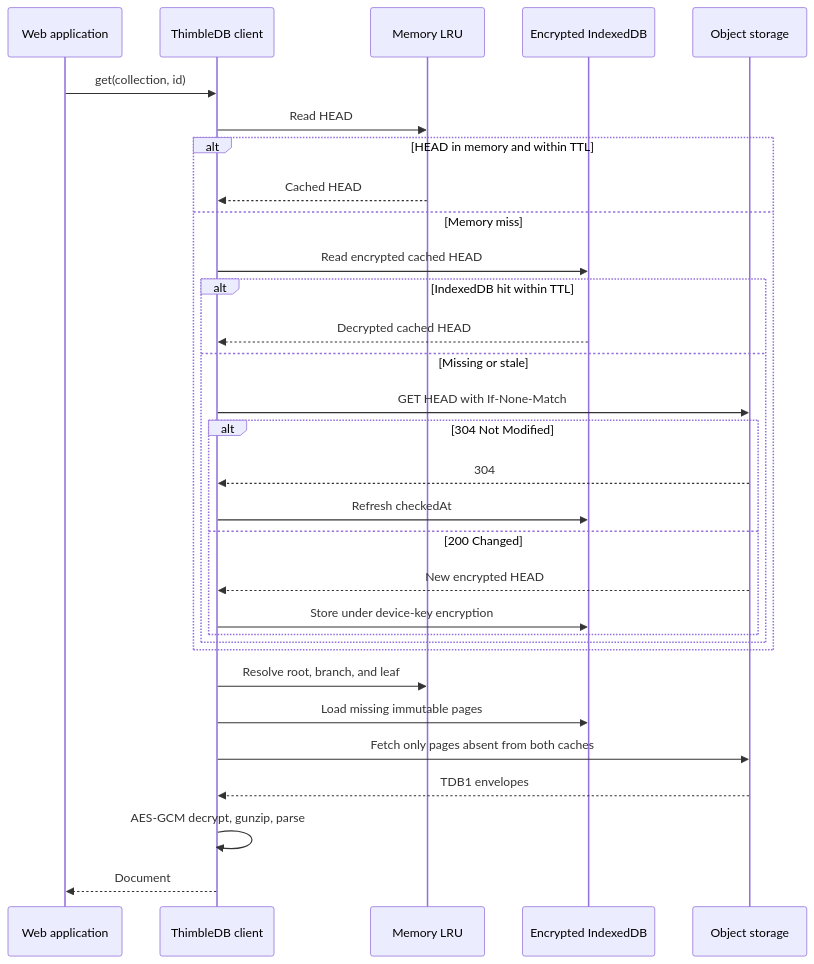
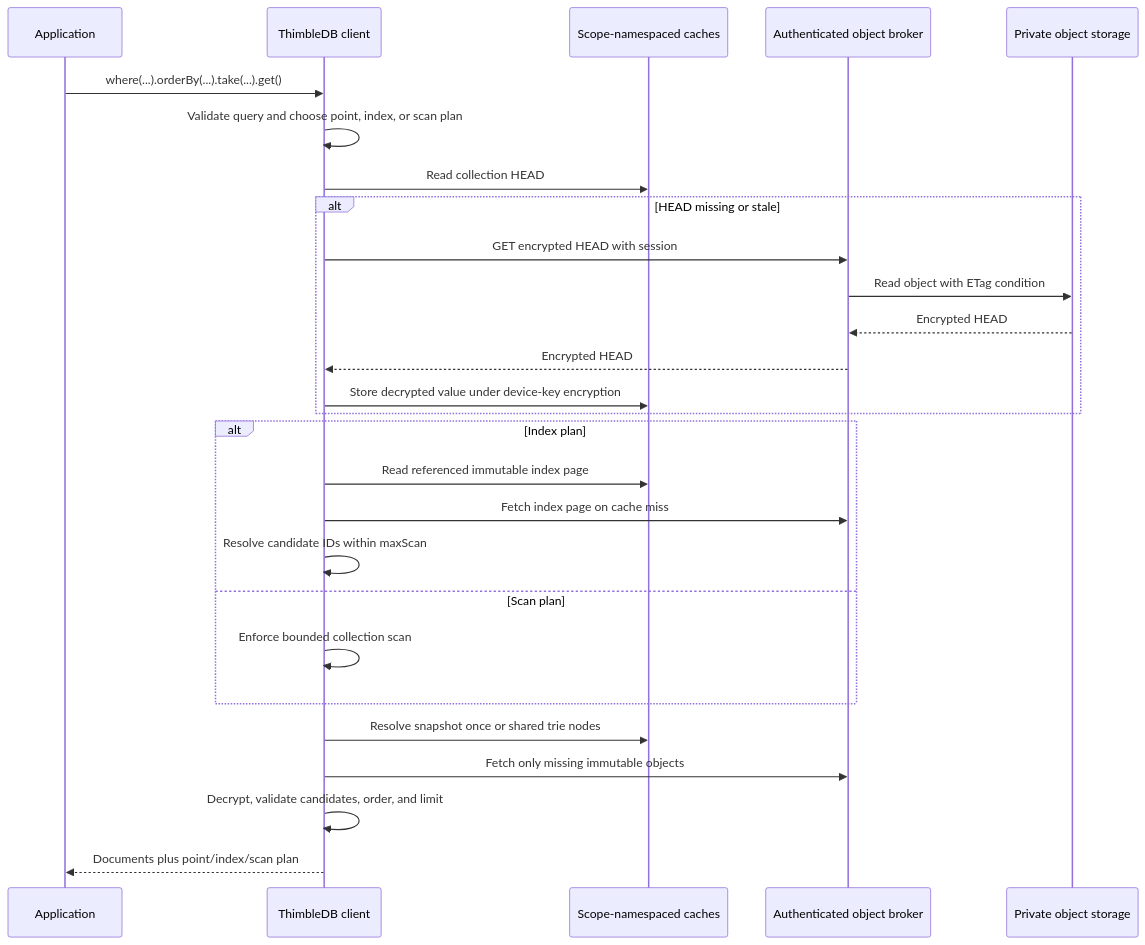
Before and after one commit to Jason-Doyle/thimble: the fourth of 12 diagrams in docs/DIAGRAMS.md, drawn with Mermaid. The commit also changed other lines of this file and 96 other files, not shown here.

````diff
--- a/docs/DIAGRAMS.md
+++ b/docs/DIAGRAMS.md
@@ -64,36 +132,33 @@
 ```mermaid
 sequenceDiagram
-  participant App as Web application
+  participant App as Application
   participant Client as ThimbleDB client
-  participant Memory as Memory LRU
-  participant IDB as Encrypted IndexedDB
-  participant Store as Object storage
+  participant Cache as Scope-namespaced caches
+  participant Broker as Authenticated object broker
+  participant Store as Private object storage
 
-  App->>Client: get(collection, id)
-  Client->>Memory: Read HEAD
+  App->>Client: where(...).orderBy(...).take(...).get()
+  Client->>Client: Validate query and choose point, index, or scan plan
+  Client->>Cache: Read collection HEAD
 
-  alt HEAD in memory and within TTL
-    Memory-->>Client: Cached HEAD
-  else Memory miss
-    Client->>IDB: Read encrypted cached HEAD
-    alt IndexedDB hit within TTL
-      IDB-->>Client: Decrypted cached HEAD
-    else Missing or stale
-      Client->>Store: GET HEAD with If-None-Match
-      alt 304 Not Modified
-        Store-->>Client: 304
-        Client->>IDB: Refresh checkedAt
-      else 200 Changed
-        Store-->>Client: New encrypted HEAD
-        Client->>IDB: Store under device-key encryption
-      end
-    end
+  alt HEAD missing or stale
+    Client->>Broker: GET encrypted HEAD with session
+    Broker->>Store: Read object with ETag condition
+    Store-->>Broker: Encrypted HEAD
+    Broker-->>Client: Encrypted HEAD
+    Client->>Cache: Store decrypted value under device-key encryption
   end
 
-  Client->>Memory: Resolve root, branch, and leaf
-  Client->>IDB: Load missing immutable pages
-  Client->>Store: Fetch only pages absent from both caches
-  Store-->>Client: TDB1 envelopes
-  Client->>Client: AES-GCM decrypt, gunzip, parse
-  Client-->>App: Document
+  alt Index plan
+    Client->>Cache: Read referenced immutable index page
+    Client->>Broker: Fetch index page on cache miss
+    Client->>Client: Resolve candidate IDs within maxScan
+  else Scan plan
+    Client->>Client: Enforce bounded collection scan
+  end
+
+  Client->>Cache: Resolve snapshot once or shared trie nodes
+  Client->>Broker: Fetch only missing immutable objects
+  Client->>Client: Decrypt, validate candidates, order, and limit
+  Client-->>App: Documents plus point/index/scan plan
 ```
````
